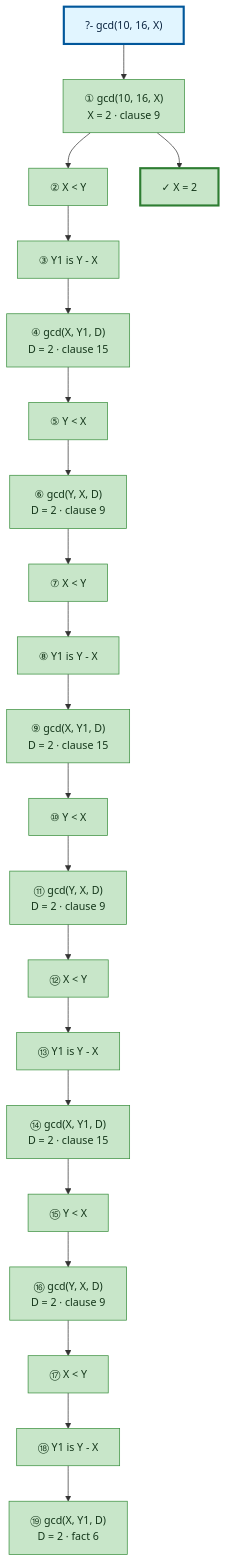
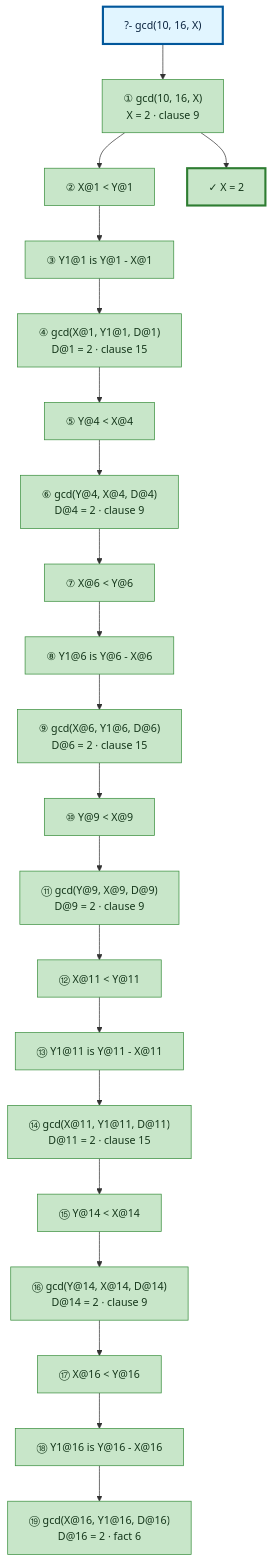
The diagram in examples/3_4_arithmetic-output.md (textologylabs/prolog-trace-viz), drawn with Mermaid before and after one commit. The commit also changed other lines of this file and 9 other files, not shown here.

````diff
--- a/examples/3_4_arithmetic-output.md
+++ b/examples/3_4_arithmetic-output.md
@@ -141,72 +141,72 @@
 ```mermaid
 %%{init: {'flowchart': {'nodeSpacing': 46, 'rankSpacing': 50}, 'themeVariables': {'fontSize': '15px'}}}%%
 graph TD
 
 %% Nodes
 A["?- gcd(10, 16, X)"]
 B["① gcd(10, 16, X)<br/>X = 2 · clause 9"]
-C["② X &lt; Y"]
-D["③ Y1 is Y - X"]
-E["④ gcd(X, Y1, D)<br/>D = 2 · clause 15"]
-F["⑤ Y &lt; X"]
-G["⑥ gcd(Y, X, D)<br/>D = 2 · clause 9"]
-H["⑦ X &lt; Y"]
-I["⑧ Y1 is Y - X"]
-J["⑨ gcd(X, Y1, D)<br/>D = 2 · clause 15"]
-K["⑩ Y &lt; X"]
-L["⑪ gcd(Y, X, D)<br/>D = 2 · clause 9"]
-M["⑫ X &lt; Y"]
-N["⑬ Y1 is Y - X"]
-O["⑭ gcd(X, Y1, D)<br/>D = 2 · clause 15"]
-P["⑮ Y &lt; X"]
-Q["⑯ gcd(Y, X, D)<br/>D = 2 · clause 9"]
-R["⑰ X &lt; Y"]
-S["⑱ Y1 is Y - X"]
-T["⑲ gcd(X, Y1, D)<br/>D = 2 · fact 6"]
+C["② X@1 &lt; Y@1"]
+D["③ Y1@1 is Y@1 - X@1"]
+E["④ gcd(X@1, Y1@1, D@1)<br/>D@1 = 2 · clause 15"]
+F["⑤ Y@4 &lt; X@4"]
+G["⑥ gcd(Y@4, X@4, D@4)<br/>D@4 = 2 · clause 9"]
+H["⑦ X@6 &lt; Y@6"]
+I["⑧ Y1@6 is Y@6 - X@6"]
+J["⑨ gcd(X@6, Y1@6, D@6)<br/>D@6 = 2 · clause 15"]
+K["⑩ Y@9 &lt; X@9"]
+L["⑪ gcd(Y@9, X@9, D@9)<br/>D@9 = 2 · clause 9"]
+M["⑫ X@11 &lt; Y@11"]
+N["⑬ Y1@11 is Y@11 - X@11"]
+O["⑭ gcd(X@11, Y1@11, D@11)<br/>D@11 = 2 · clause 15"]
+P["⑮ Y@14 &lt; X@14"]
+Q["⑯ gcd(Y@14, X@14, D@14)<br/>D@14 = 2 · clause 9"]
+R["⑰ X@16 &lt; Y@16"]
+S["⑱ Y1@16 is Y@16 - X@16"]
+T["⑲ gcd(X@16, Y1@16, D@16)<br/>D@16 = 2 · fact 6"]
 U["✓ X = 2"]
 
 %% Flow
 A --> B
 B --> C
 C --> D
 D --> E
 E --> F
 F --> G
 G --> H
 H --> I
 I --> J
 J --> K
 K --> L
 L --> M
 M --> N
 N --> O
 O --> P
 P --> Q
 Q --> R
 R --> S
 S --> T
 B --> U
 
 %% Styles
 style A fill:#e1f5ff,stroke:#01579b,stroke-width:3px,color:#0b2440
 style B fill:#c8e6c9,stroke:#388e3c,color:#14361a
 style C fill:#c8e6c9,stroke:#388e3c,color:#14361a
 style D fill:#c8e6c9,stroke:#388e3c,color:#14361a
 style E fill:#c8e6c9,stroke:#388e3c,color:#14361a
 style F fill:#c8e6c9,stroke:#388e3c,color:#14361a
 style G fill:#c8e6c9,stroke:#388e3c,color:#14361a
 style H fill:#c8e6c9,stroke:#388e3c,color:#14361a
 style I fill:#c8e6c9,stroke:#388e3c,color:#14361a
 style J fill:#c8e6c9,stroke:#388e3c,color:#14361a
 style K fill:#c8e6c9,stroke:#388e3c,color:#14361a
 style L fill:#c8e6c9,stroke:#388e3c,color:#14361a
 style M fill:#c8e6c9,stroke:#388e3c,color:#14361a
 style N fill:#c8e6c9,stroke:#388e3c,color:#14361a
 style O fill:#c8e6c9,stroke:#388e3c,color:#14361a
 style P fill:#c8e6c9,stroke:#388e3c,color:#14361a
 style Q fill:#c8e6c9,stroke:#388e3c,color:#14361a
 style R fill:#c8e6c9,stroke:#388e3c,color:#14361a
 style S fill:#c8e6c9,stroke:#388e3c,color:#14361a
 style T fill:#c8e6c9,stroke:#388e3c,color:#14361a
 style U fill:#c8e6c9,stroke:#2e7d32,stroke-width:3px,color:#14361a
 ```
````
